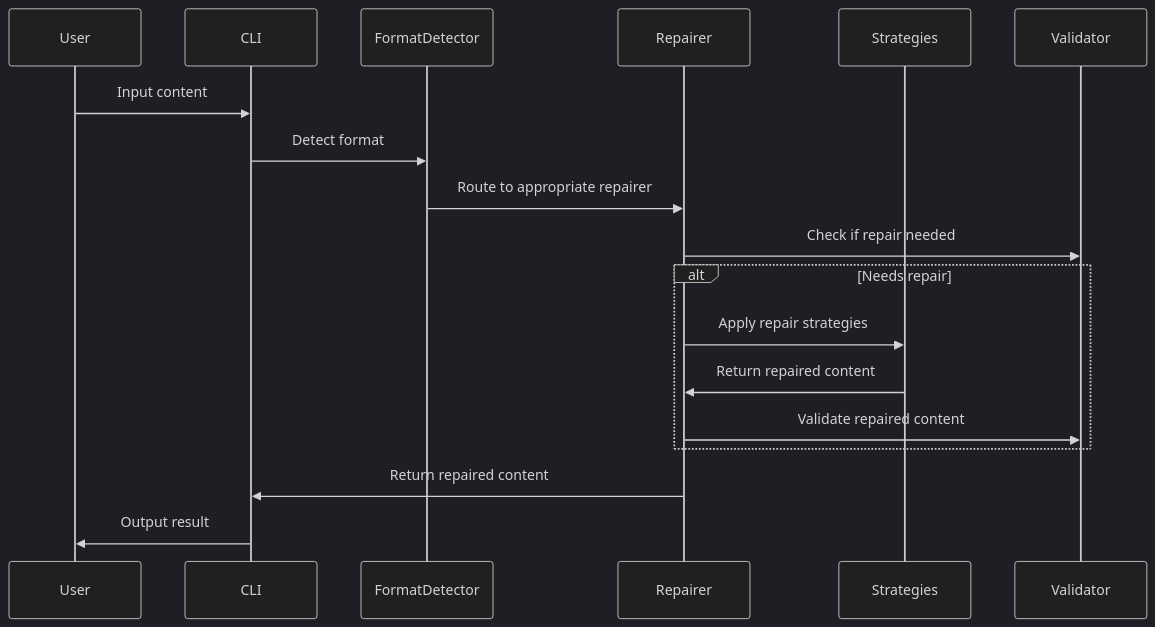
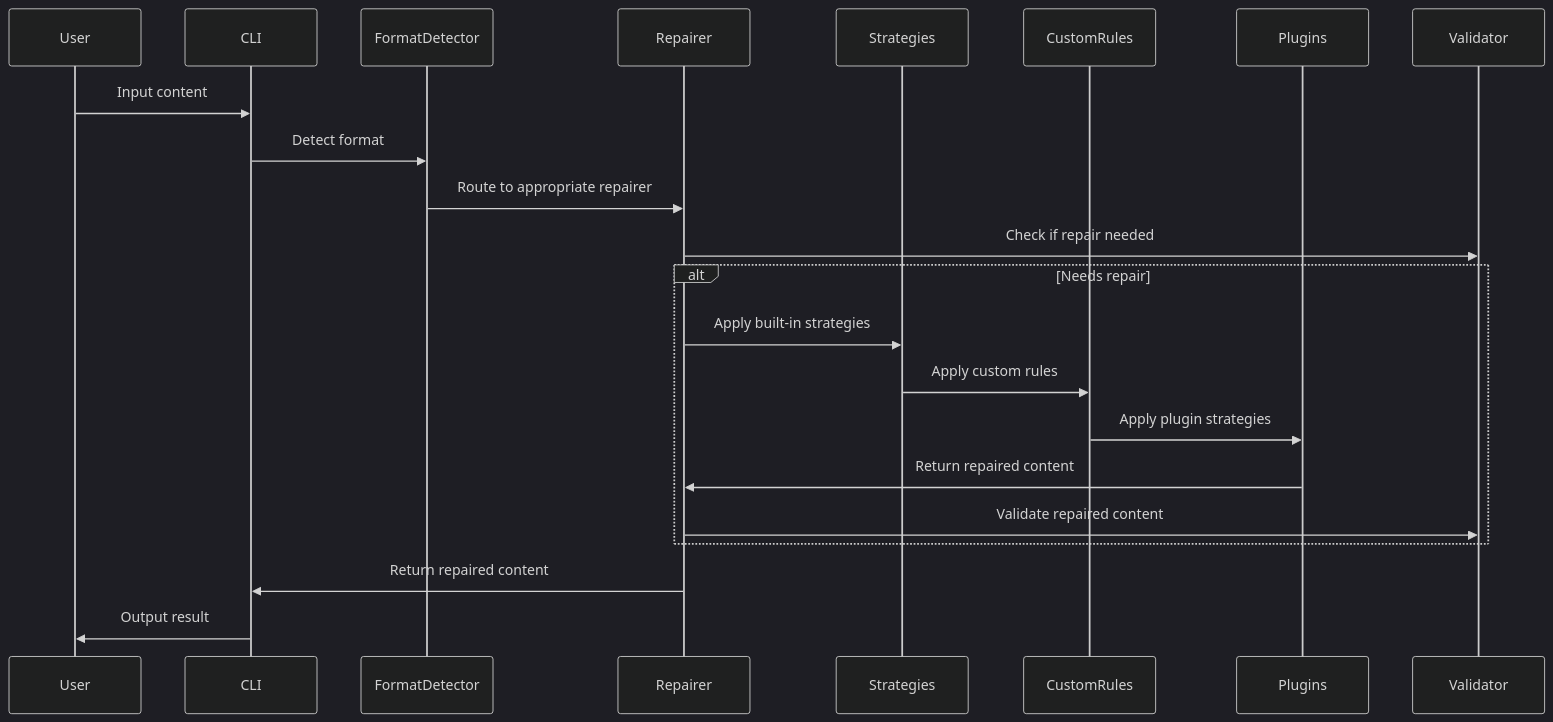
The second of 2 diagrams in ARCHITECTURE.md (yingkitw/anyrepair), drawn with Mermaid (dark theme) before and after one commit. The commit also changed other lines of this file and 24 other files, not shown here.

Commit message:
Enhance AnyRepair with comprehensive support for INI, XML, TOML, CSV, and advanced features including a plugin system, custom rules management, and extensive testing. Update documentation and improve validation strategies across all formats.

````diff
--- a/ARCHITECTURE.md
+++ b/ARCHITECTURE.md
@@ -143,21 +253,25 @@
 ```mermaid
 sequenceDiagram
     participant User
     participant CLI
     participant FormatDetector
     participant Repairer
     participant Strategies
+    participant CustomRules
+    participant Plugins
     participant Validator
 
     User->>CLI: Input content
     CLI->>FormatDetector: Detect format
     FormatDetector->>Repairer: Route to appropriate repairer
     Repairer->>Validator: Check if repair needed
     alt Needs repair
-        Repairer->>Strategies: Apply repair strategies
-        Strategies->>Repairer: Return repaired content
+        Repairer->>Strategies: Apply built-in strategies
+        Strategies->>CustomRules: Apply custom rules
+        CustomRules->>Plugins: Apply plugin strategies
+        Plugins->>Repairer: Return repaired content
         Repairer->>Validator: Validate repaired content
     end
     Repairer->>CLI: Return repaired content
     CLI->>User: Output result
 ```
````
